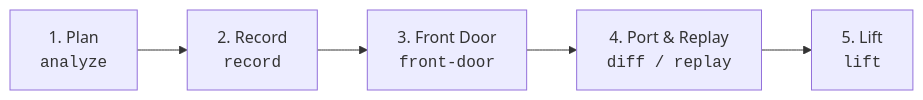
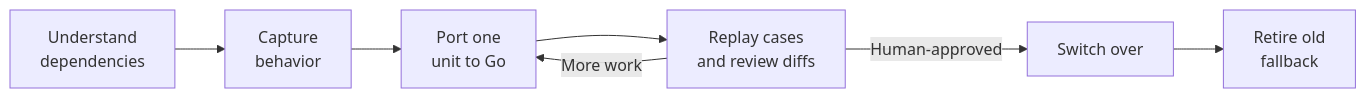
Before and after one commit to mohammedrefaat/go-anything: the diagram in README.md, drawn with Mermaid. The commit also changed other lines of this file, not shown here.

````diff
--- a/README.md
+++ b/README.md
@@ -61,7 +45,9 @@
 ```mermaid
 flowchart LR
-    A["1. Plan<br/><code>analyze</code>"] --> B["2. Record<br/><code>record</code>"]
-    B --> C["3. Front Door<br/><code>front-door</code>"]
-    C --> D["4. Port & Replay<br/><code>diff / replay</code>"]
-    D --> E["5. Lift<br/><code>lift</code>"]
+    A["Understand<br/>dependencies"] --> B["Capture<br/>behavior"]
+    B --> C["Port one<br/>unit to Go"]
+    C --> D["Replay cases<br/>and review diffs"]
+    D -->|More work| C
+    D -->|Human-approved| E["Switch over"]
+    E --> F["Retire old<br/>fallback"]
 ```
````
